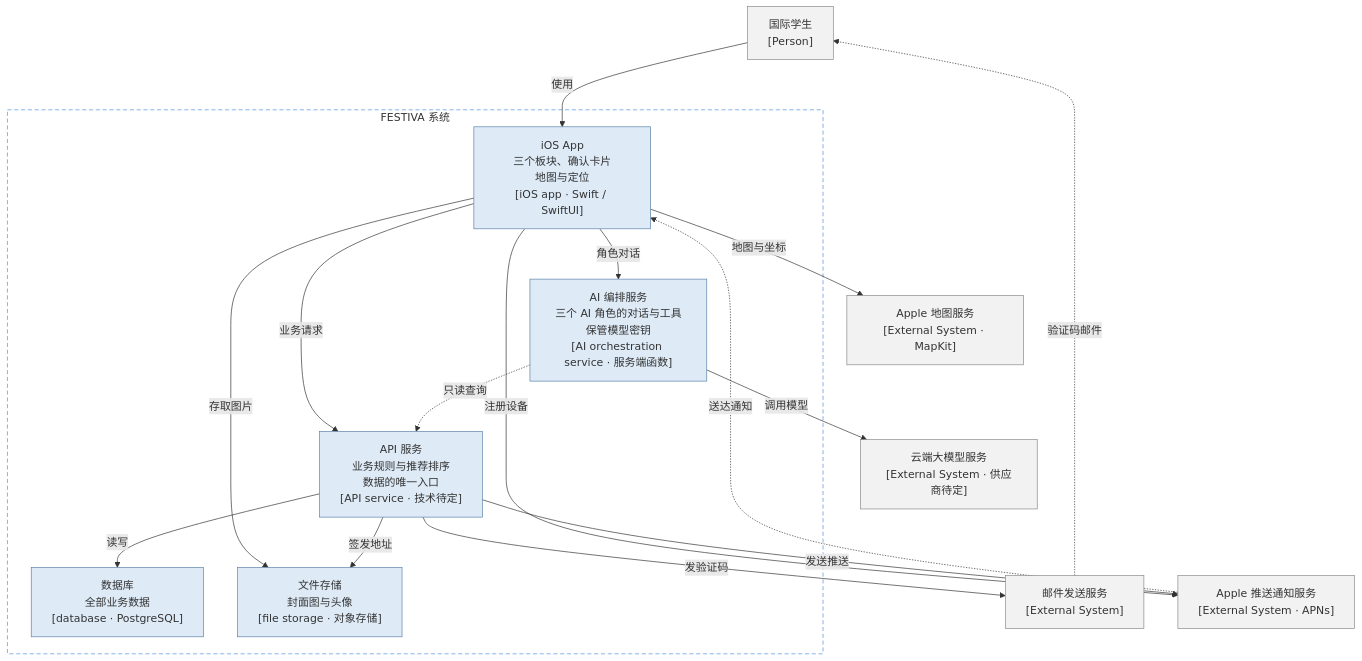
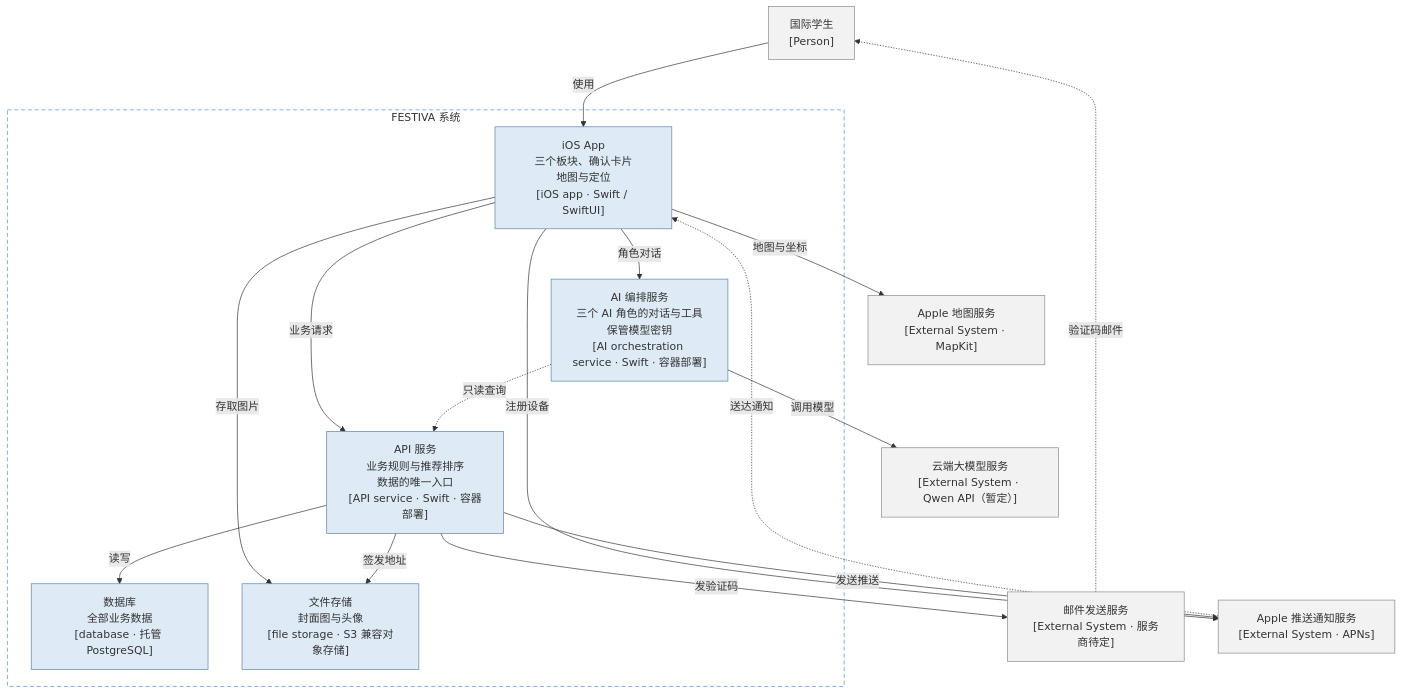
One commit to Ciri101/FESTIVA changed the second of 8 diagrams in truth/FESTIVA-工程架构文档.md. Above: the diagram before and after it, drawn with Mermaid. The commit also changed other lines of this file and 15 other files, not shown here.

````diff
--- a/truth/FESTIVA-工程架构文档.md
+++ b/truth/FESTIVA-工程架构文档.md
@@ -130,36 +130,36 @@
 ```mermaid
 %% name: festiva-c2
 %% home: festiva-c2
 flowchart TB
   student["国际学生<br/>[Person]"]
   subgraph festiva["FESTIVA 系统"]
     app["iOS App<br/>三个板块、确认卡片<br/>地图与定位<br/>[iOS app · Swift / SwiftUI]"]
-    ai["AI 编排服务<br/>三个 AI 角色的对话与工具<br/>保管模型密钥<br/>[AI orchestration service · 服务端函数]"]
-    api["API 服务<br/>业务规则与推荐排序<br/>数据的唯一入口<br/>[API service · 技术待定]"]
-    db["数据库<br/>全部业务数据<br/>[database · PostgreSQL]"]
-    files["文件存储<br/>封面图与头像<br/>[file storage · 对象存储]"]
+    ai["AI 编排服务<br/>三个 AI 角色的对话与工具<br/>保管模型密钥<br/>[AI orchestration service · Swift · 容器部署]"]
+    api["API 服务<br/>业务规则与推荐排序<br/>数据的唯一入口<br/>[API service · Swift · 容器部署]"]
+    db["数据库<br/>全部业务数据<br/>[database · 托管 PostgreSQL]"]
+    files["文件存储<br/>封面图与头像<br/>[file storage · S3 兼容对象存储]"]
   end
-  llm["云端大模型服务<br/>[External System · 供应商待定]"]
+  llm["云端大模型服务<br/>[External System · Qwen API（暂定）]"]
   maps["Apple 地图服务<br/>[External System · MapKit]"]
-  mail["邮件发送服务<br/>[External System]"]
+  mail["邮件发送服务<br/>[External System · 服务商待定]"]
   apns["Apple 推送通知服务<br/>[External System · APNs]"]
   student -->|"使用"| app
   app -->|"业务请求"| api
   app -->|"角色对话"| ai
   app -->|"存取图片"| files
   app -->|"地图与坐标"| maps
   app -->|"注册设备"| apns
   ai -.->|"只读查询"| api
   ai -->|"调用模型"| llm
   api -->|"读写"| db
   api -->|"签发地址"| files
   api -->|"发验证码"| mail
   api -->|"发送推送"| apns
   apns -.->|"送达通知"| app
   mail -.->|"验证码邮件"| student
   classDef shell fill:#deebf7,stroke:#5b81a8
   classDef ext fill:#f2f2f2,stroke:#8a8a8a
   class app,ai,api,db,files shell
   class student,llm,maps,mail,apns ext
   style festiva fill:none,stroke:#4a90e2,stroke-dasharray:6 4
 ```
````
